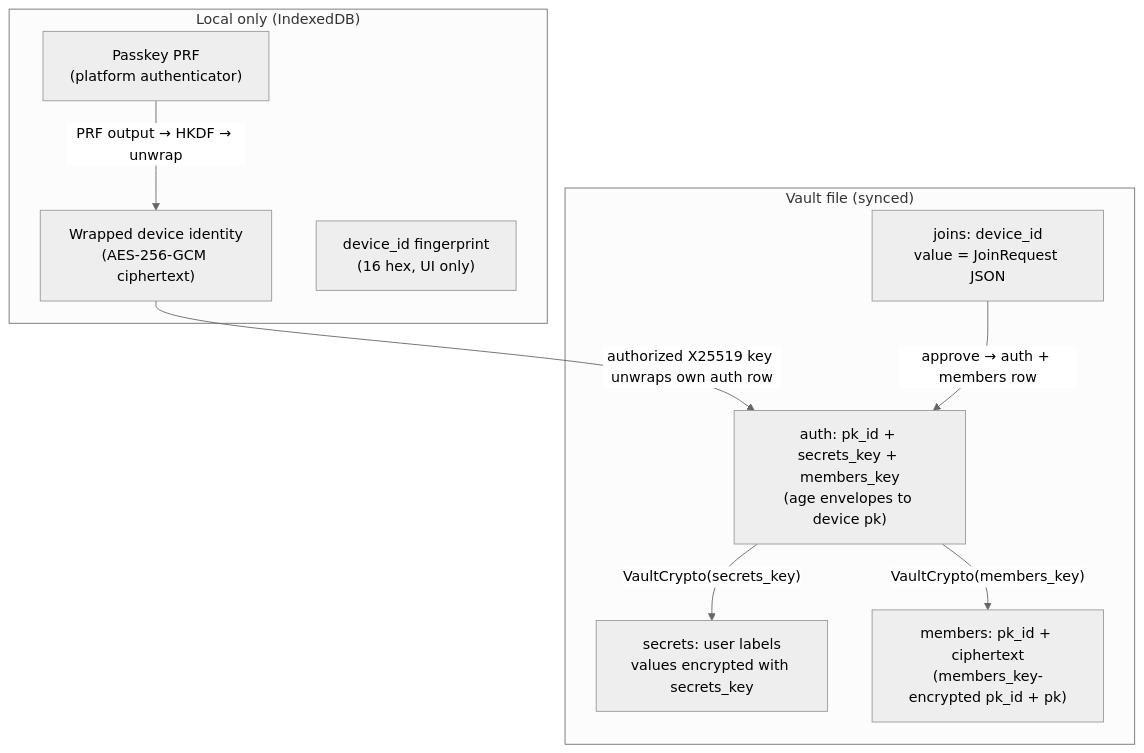
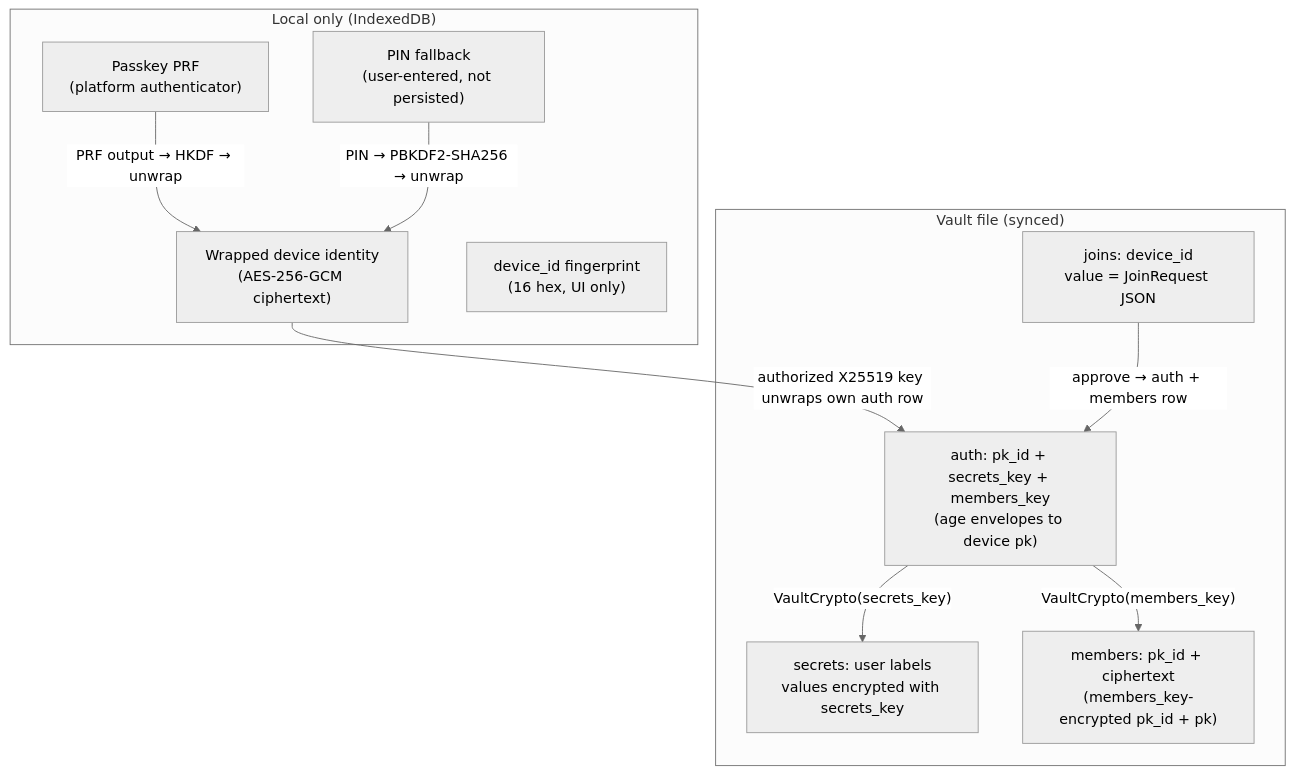
Before and after one commit to meta-secret/nook: the diagram in .cortex/product-specs/decentralized-auth.md, drawn with Mermaid (neutral theme). The commit also changed other lines of this file and 18 other files, not shown here.

Commit message:
Use PIN fallback for PRF-missing device protection

````diff
--- a/.cortex/product-specs/decentralized-auth.md
+++ b/.cortex/product-specs/decentralized-auth.md
@@ -20,21 +20,23 @@
 ```mermaid
 flowchart TB
   subgraph local["Local only (IndexedDB)"]
     DI["Wrapped device identity<br/>(AES-256-GCM ciphertext)"]
     PK["Passkey PRF<br/>(platform authenticator)"]
+    PIN["PIN fallback<br/>(user-entered, not persisted)"]
     DID["device_id fingerprint<br/>(16 hex, UI only)"]
   end
 
   subgraph vault_file["Vault file (synced)"]
     AUTH["auth: pk_id + secrets_key + members_key<br/>(age envelopes to device pk)"]
     JOIN["joins: device_id<br/>value = JoinRequest JSON"]
     SEC["secrets: user labels<br/>values encrypted with secrets_key"]
     MEM["members: pk_id + ciphertext<br/>(members_key-encrypted pk_id + pk)"]
   end
 
   PK -->|"PRF output → HKDF → unwrap"| DI
+  PIN -->|"PIN → PBKDF2-SHA256 → unwrap"| DI
   DI -->|"authorized X25519 key unwraps own auth row"| AUTH
   AUTH -->|"VaultCrypto(secrets_key)"| SEC
   AUTH -->|"VaultCrypto(members_key)"| MEM
   JOIN -->|"approve → auth + members row"| AUTH
 ```
````
